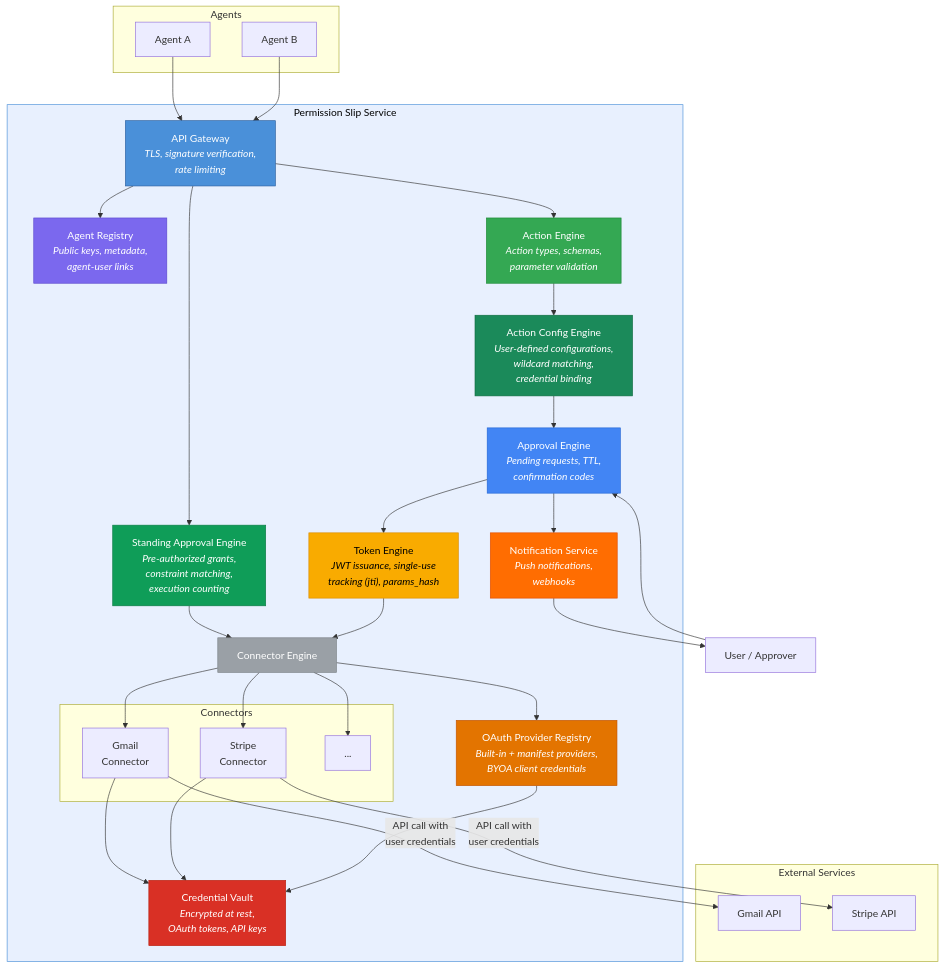
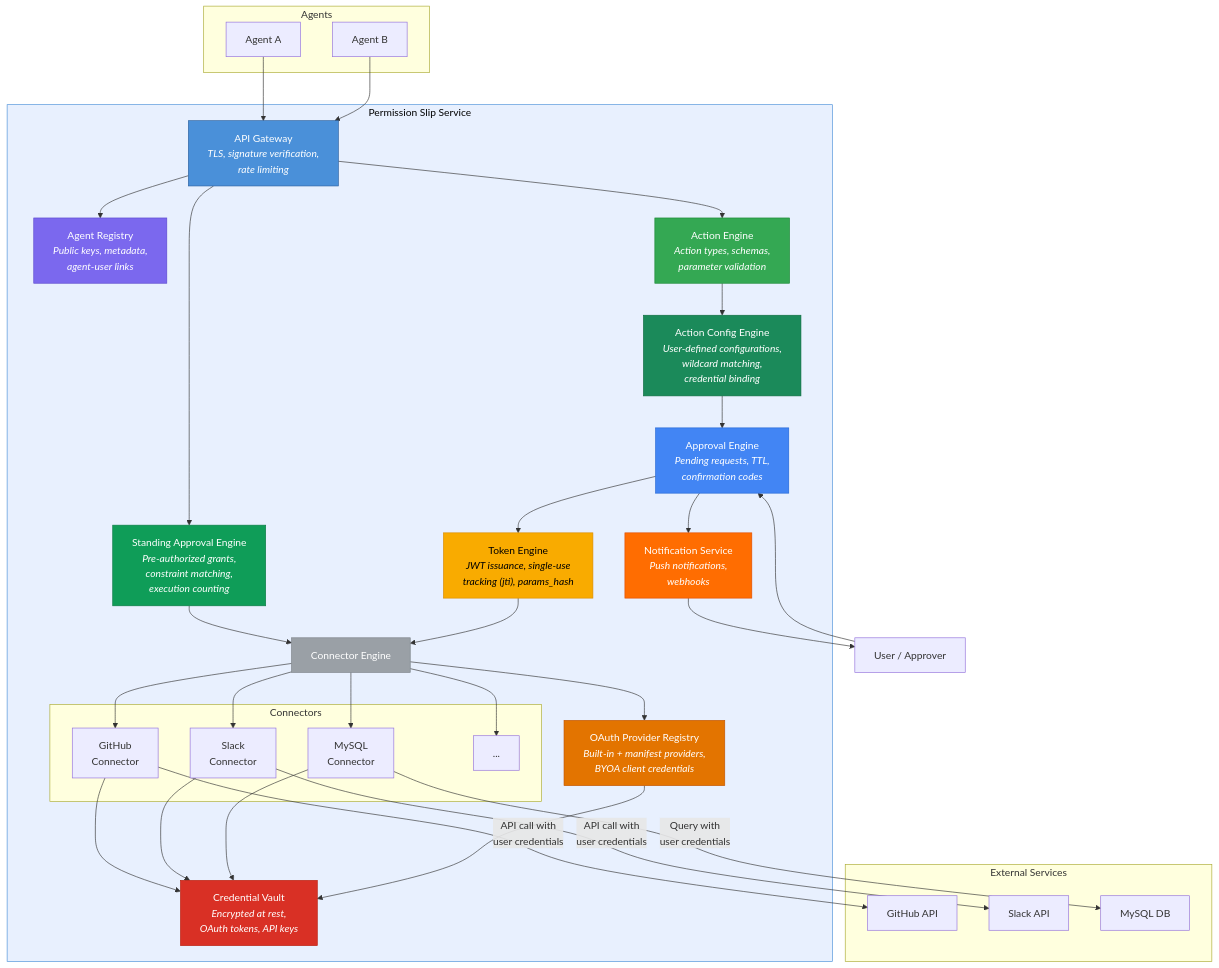
The second of 6 diagrams in docs/architecture.md (supersuit-tech/permission-slip), drawn with Mermaid before and after one commit. The commit also changed 3 other files, not shown here.

First line of the commit message:
docs: add MySQL connector to architecture, creating-connectors guide, and README

````diff
--- a/docs/architecture.md
+++ b/docs/architecture.md
@@ -34,67 +34,71 @@
 ```mermaid
 graph TB
     subgraph Agents
         A1["Agent A"]
         A2["Agent B"]
     end
 
     subgraph PS ["Permission Slip Service"]
         GW["API Gateway<br/><i>TLS, signature verification,<br/>rate limiting</i>"]
         AR["Agent Registry<br/><i>Public keys, metadata,<br/>agent-user links</i>"]
         AE["Action Engine<br/><i>Action types, schemas,<br/>parameter validation</i>"]
         AC["Action Config Engine<br/><i>User-defined configurations,<br/>wildcard matching,<br/>credential binding</i>"]
         APR["Approval Engine<br/><i>Pending requests, TTL,<br/>confirmation codes</i>"]
         TE["Token Engine<br/><i>JWT issuance, single-use<br/>tracking (jti), params_hash</i>"]
         SA["Standing Approval Engine<br/><i>Pre-authorized grants,<br/>constraint matching,<br/>execution counting</i>"]
         NS["Notification Service<br/><i>Push notifications,<br/>webhooks</i>"]
         CV["Credential Vault<br/><i>Encrypted at rest,<br/>OAuth tokens, API keys</i>"]
         OR["OAuth Provider Registry<br/><i>Built-in + manifest providers,<br/>BYOA client credentials</i>"]
         CE["Connector Engine"]
 
         subgraph Connectors
-            GC["Gmail<br/>Connector"]
-            SC["Stripe<br/>Connector"]
+            GC["GitHub<br/>Connector"]
+            SlC["Slack<br/>Connector"]
+            MC["MySQL<br/>Connector"]
             OC["..."]
         end
     end
 
     subgraph External ["External Services"]
-        Gmail["Gmail API"]
-        Stripe["Stripe API"]
+        GH["GitHub API"]
+        SlAPI["Slack API"]
+        MySQL["MySQL DB"]
     end
 
     User["User / Approver"]
 
     A1 & A2 --> GW
     GW --> AR
     GW --> AE
     AE --> AC
     AC --> APR
     APR --> NS
     NS --> User
     User --> APR
     APR --> TE
     GW --> SA
     SA --> CE
     TE --> CE
-    CE --> GC & SC & OC
+    CE --> GC & SlC & MC & OC
     GC --> CV
-    SC --> CV
+    SlC --> CV
+    MC --> CV
     OR --> CV
     CE --> OR
-    GC -- "API call with<br/>user credentials" --> Gmail
-    SC -- "API call with<br/>user credentials" --> Stripe
+    GC -- "API call with<br/>user credentials" --> GH
+    SlC -- "API call with<br/>user credentials" --> SlAPI
+    MC -- "Query with<br/>user credentials" --> MySQL
 
     style PS fill:#E8F0FE,stroke:#4A90D9,color:#000
     style GW fill:#4A90D9,color:#fff,stroke:#2A5F9E
     style CV fill:#D93025,color:#fff,stroke:#B9200F
     style OR fill:#E37400,color:#fff,stroke:#C35400
     style TE fill:#F9AB00,color:#000,stroke:#D98B00
     style AR fill:#7B68EE,color:#fff,stroke:#5B48CE
     style AE fill:#34A853,color:#fff,stroke:#1A8833
     style AC fill:#1B8A5A,color:#fff,stroke:#0D6B3F
     style APR fill:#4285F4,color:#fff,stroke:#2265D4
     style NS fill:#FF6D01,color:#fff,stroke:#DF4D00
     style SA fill:#0F9D58,color:#fff,stroke:#0B7A43
     style CE fill:#9AA0A6,color:#fff,stroke:#7A8086
 ```
````
